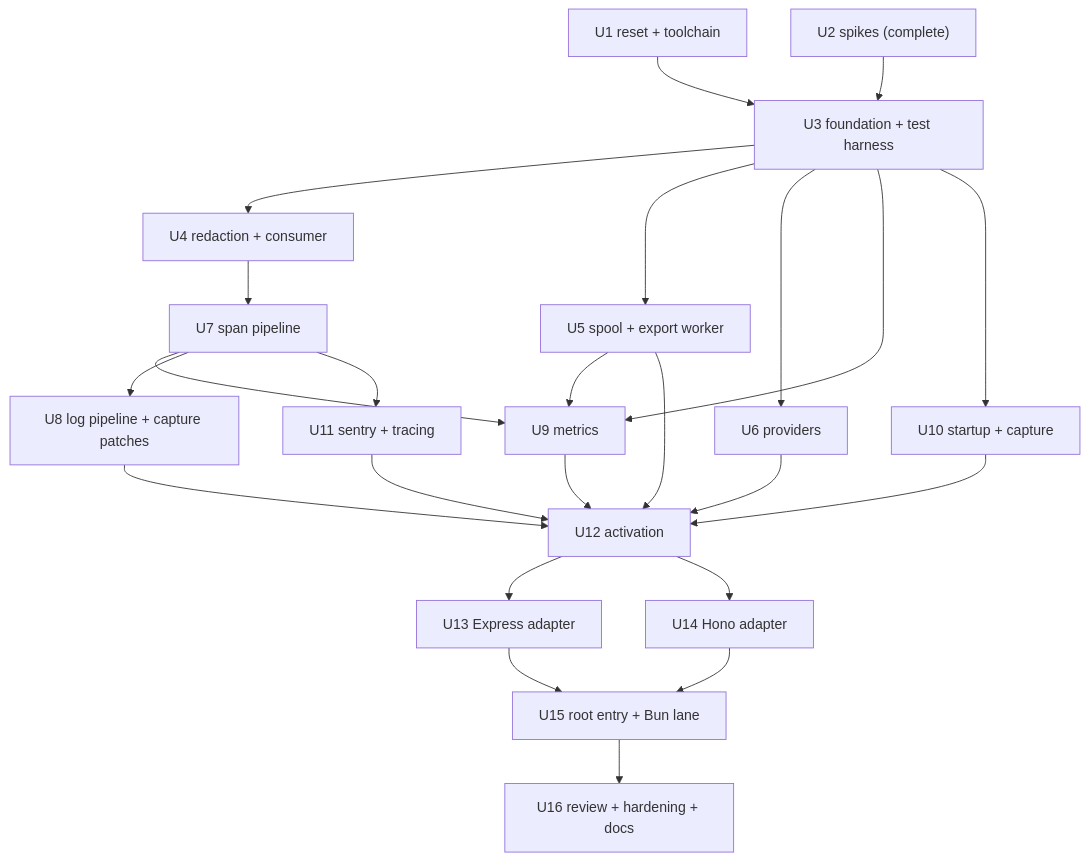
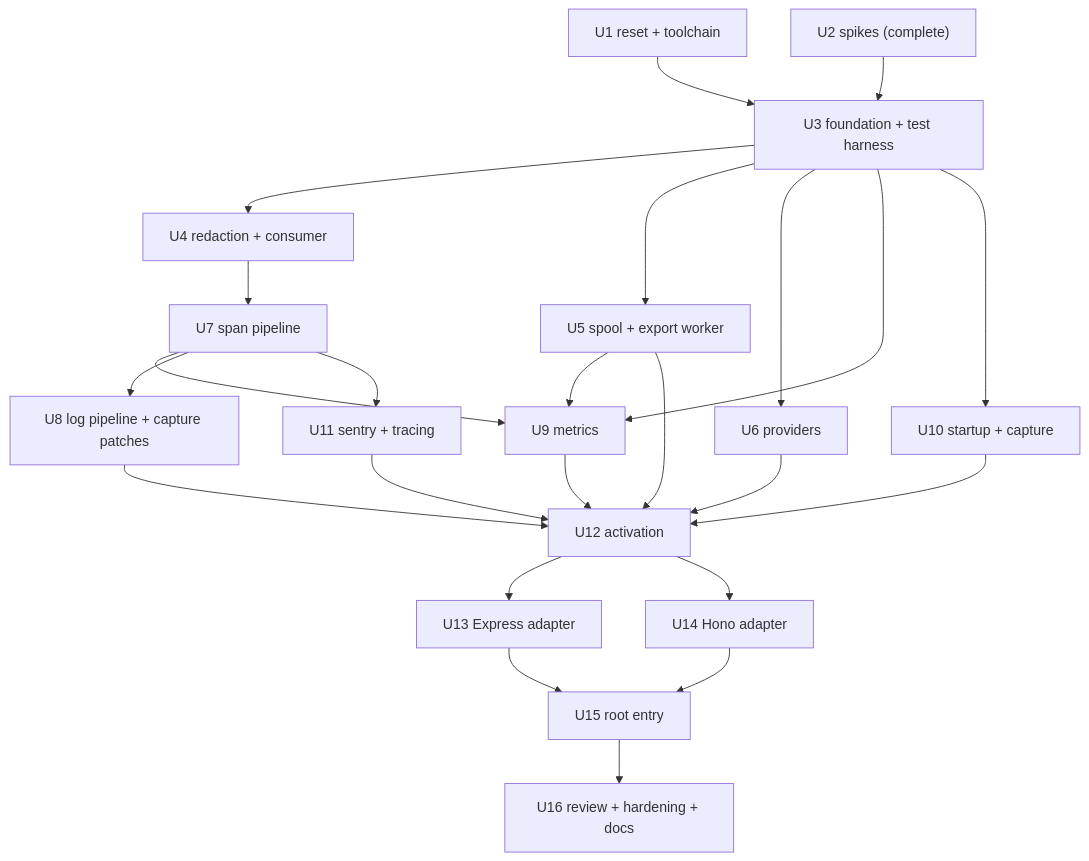
The diagram in v1/plan.md (apitally/apitally-js), drawn with Mermaid before and after one commit. The commit also changed other lines of this file and 14 other files, not shown here.

````diff
--- a/v1/plan.md
+++ b/v1/plan.md
@@ -86,26 +86,26 @@
 ```mermaid
 flowchart TB
   U1[U1 reset + toolchain] --> U3[U3 foundation + test harness]
   U2["U2 spikes (complete)"] --> U3
   U3 --> U4[U4 redaction + consumer]
   U3 --> U5[U5 spool + export worker]
   U3 --> U6[U6 providers]
   U3 --> U9[U9 metrics]
   U5 --> U9
   U7 --> U9
   U3 --> U10[U10 startup + capture]
   U4 --> U7[U7 span pipeline]
   U7 --> U8[U8 log pipeline + capture patches]
   U7 --> U11[U11 sentry + tracing]
   U5 --> U12[U12 activation]
   U6 --> U12
   U8 --> U12
   U9 --> U12
   U10 --> U12
   U11 --> U12
   U12 --> U13[U13 Express adapter]
   U12 --> U14[U14 Hono adapter]
-  U13 --> U15[U15 root entry + Bun lane]
+  U13 --> U15[U15 root entry]
   U14 --> U15
   U15 --> U16[U16 review + hardening + docs]
 ```
````
